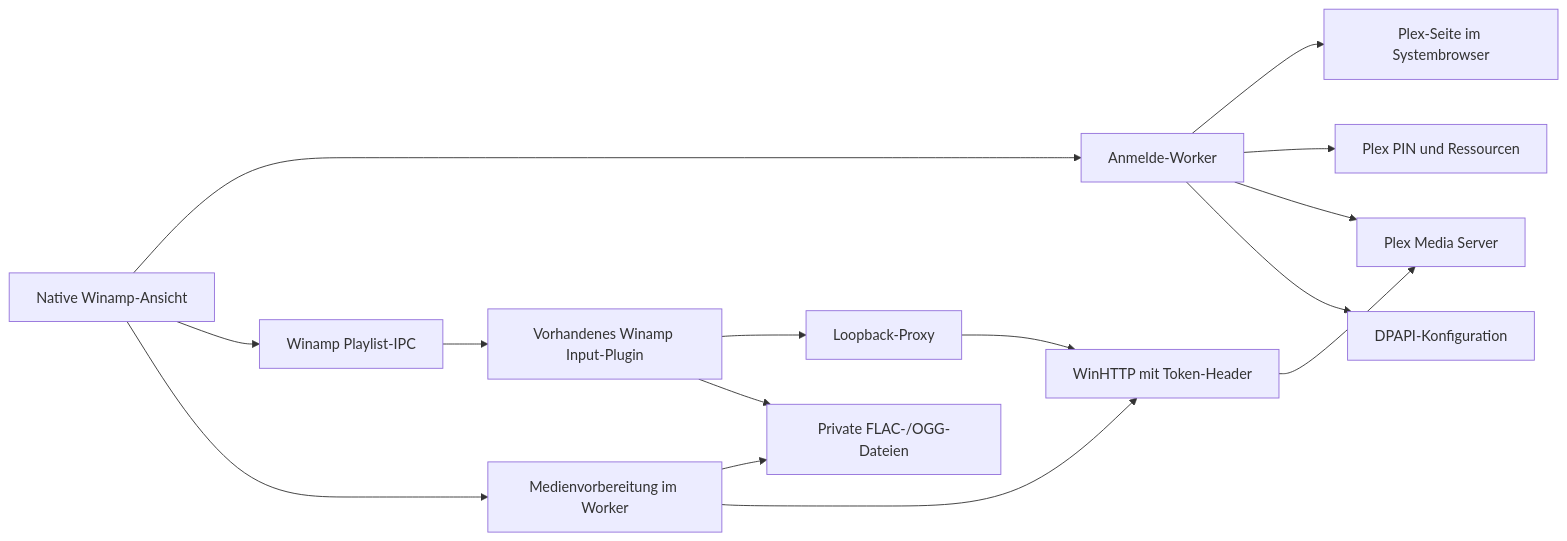
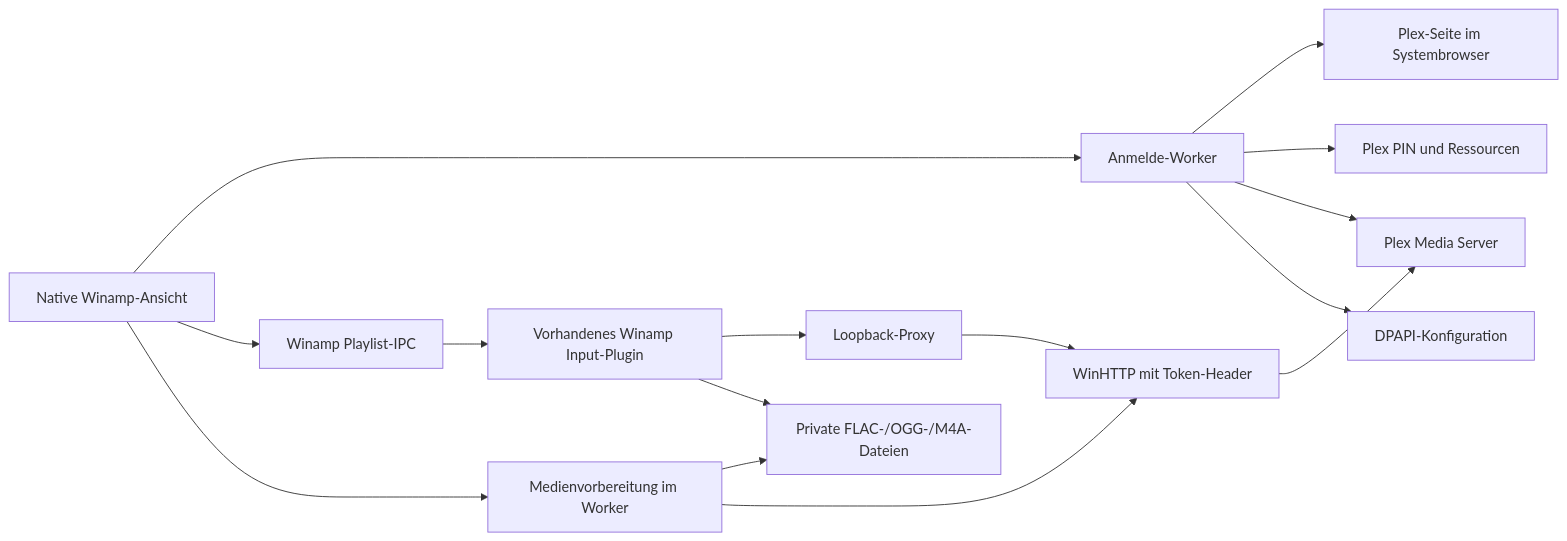
Before and after one commit to Eitschman/winamp-plex-library: the diagram in docs/architecture.md, drawn with Mermaid. The commit also changed other lines of this file and 23 other files, not shown here.

````diff
--- a/docs/architecture.md
+++ b/docs/architecture.md
@@ -34,17 +35,17 @@
 ```mermaid
 flowchart LR
     UI[Native Winamp-Ansicht] --> Auth[Anmelde-Worker]
     Auth --> Browser[Plex-Seite im Systembrowser]
     Auth --> Plex[Plex PIN und Ressourcen]
     Auth --> PMS[Plex Media Server]
     Auth --> Config[DPAPI-Konfiguration]
     UI --> IPC[Winamp Playlist-IPC]
     IPC --> Decoder[Vorhandenes Winamp Input-Plugin]
     Decoder --> Proxy[Loopback-Proxy]
     UI --> Prepare[Medienvorbereitung im Worker]
-    Prepare --> Files[Private FLAC-/OGG-Dateien]
+    Prepare --> Files[Private FLAC-/OGG-/M4A-Dateien]
     Decoder --> Files
     Prepare --> HTTP
     Proxy --> HTTP[WinHTTP mit Token-Header]
     HTTP --> PMS
 ```
````
